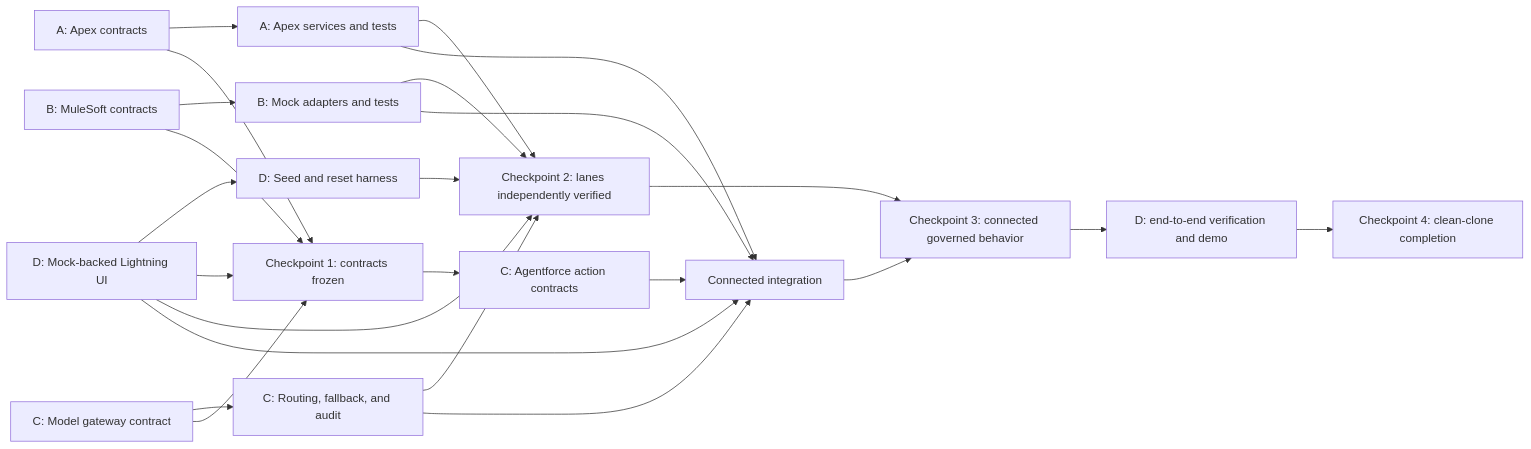
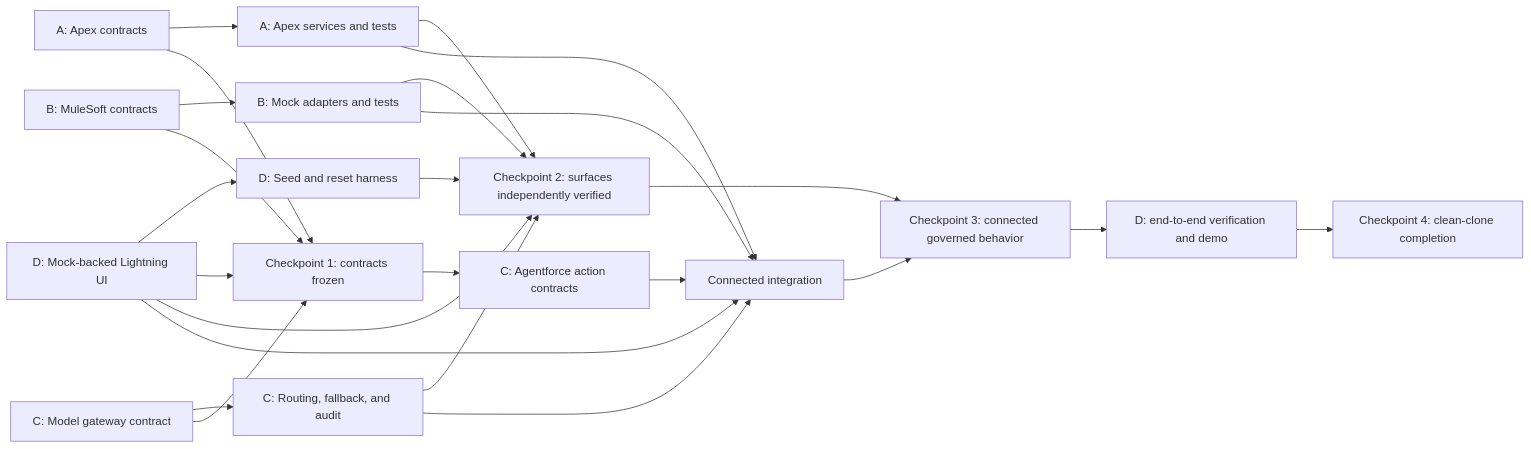
One commit to freeapikeys/HackathonSalesforce changed the diagram in docs/parallel-development.md. Above: the diagram before and after it, drawn with Mermaid. The commit also changed other lines of this file and 35 other files, not shown here.

````diff
--- a/docs/parallel-development.md
+++ b/docs/parallel-development.md
@@ -82,30 +75,30 @@
 ```mermaid
 flowchart LR
   A1["A: Apex contracts"] --> A2["A: Apex services and tests"]
   B1["B: MuleSoft contracts"] --> B2["B: Mock adapters and tests"]
   C1["C: Model gateway contract"] --> C2["C: Routing, fallback, and audit"]
   D1["D: Mock-backed Lightning UI"] --> D2["D: Seed and reset harness"]
 
   A1 --> CP1["Checkpoint 1: contracts frozen"]
   B1 --> CP1
   C1 --> CP1
   D1 --> CP1
 
-  A2 --> CP2["Checkpoint 2: lanes independently verified"]
+  A2 --> CP2["Checkpoint 2: surfaces independently verified"]
   B2 --> CP2
   C2 --> CP2
   D1 --> CP2
   D2 --> CP2
 
   CP1 --> C3["C: Agentforce action contracts"]
   A2 --> I["Connected integration"]
   B2 --> I
   C2 --> I
   D1 --> I
   C3 --> I
 
   CP2 --> CP3["Checkpoint 3: connected governed behavior"]
   I --> CP3
   CP3 --> E2E["D: end-to-end verification and demo"]
   E2E --> CP4["Checkpoint 4: clean-clone completion"]
 ```
````
